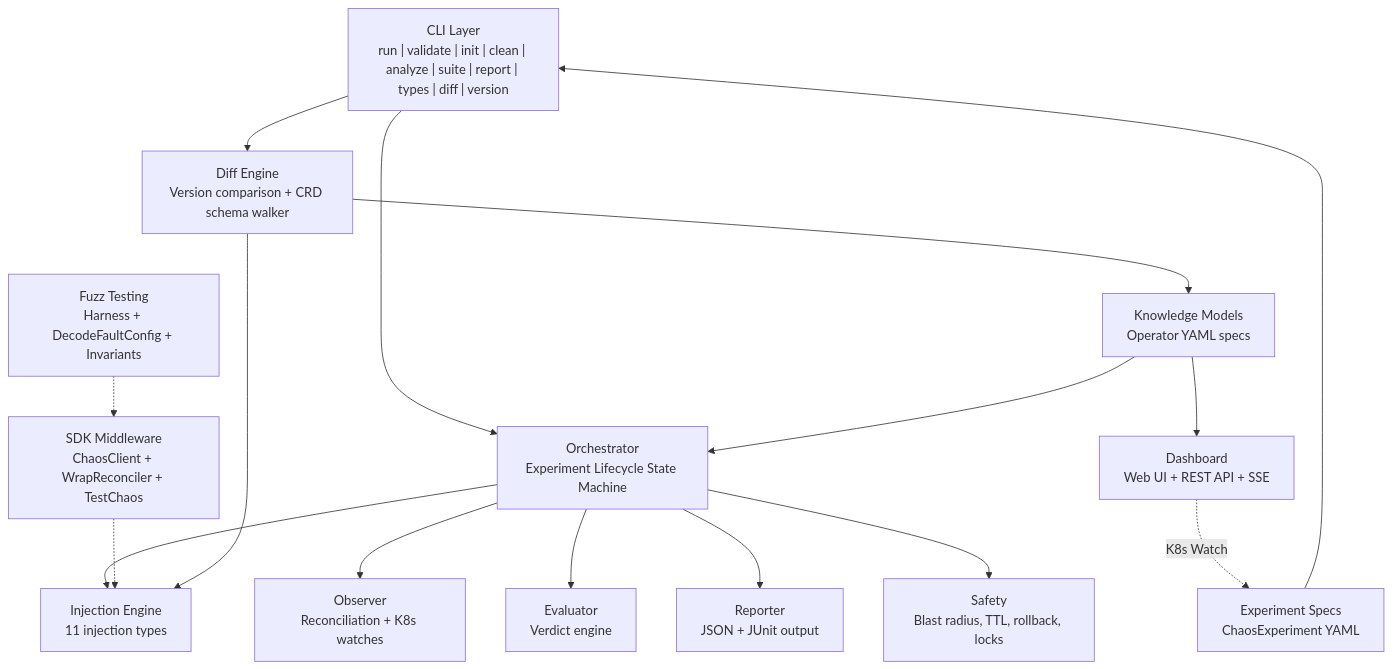
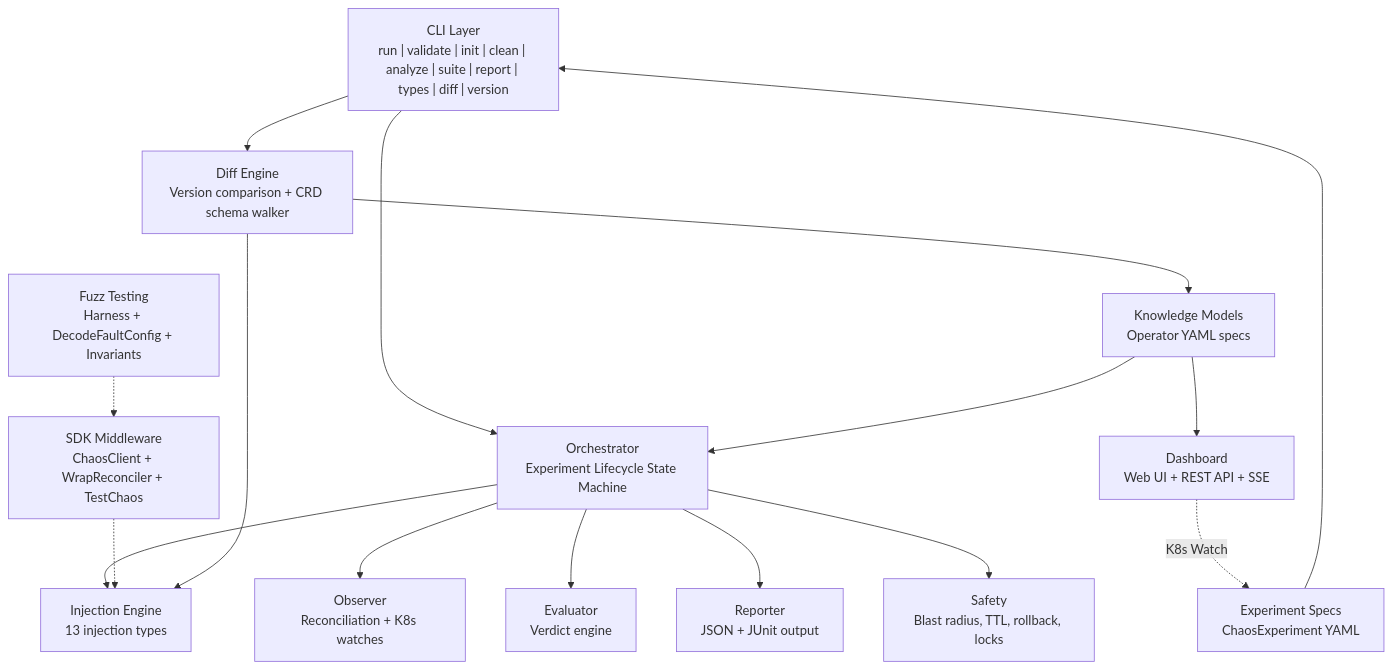
Before and after one commit to ugiordan/odh-platform-chaos: the first of 2 diagrams in README.md, drawn with Mermaid. The commit also changed other lines of this file and 15 other files, not shown here.

First line of the commit message:
feat: add NamespaceDeletion and LabelStomping injection types

````diff
--- a/README.md
+++ b/README.md
@@ -831,32 +877,32 @@
 ```mermaid
 graph TD
     CLI["CLI Layer<br/>run | validate | init | clean | analyze | suite | report | types | diff | version"]
     ORCH["Orchestrator<br/>Experiment Lifecycle State Machine"]
-    INJ["Injection Engine<br/>11 injection types"]
+    INJ["Injection Engine<br/>13 injection types"]
     OBS["Observer<br/>Reconciliation + K8s watches"]
     EVAL["Evaluator<br/>Verdict engine"]
     REP["Reporter<br/>JSON + JUnit output"]
     SAFE["Safety<br/>Blast radius, TTL, rollback, locks"]
     SDK["SDK Middleware<br/>ChaosClient + WrapReconciler + TestChaos"]
     FUZZ["Fuzz Testing<br/>Harness + DecodeFaultConfig + Invariants"]
     DIFF["Diff Engine<br/>Version comparison + CRD schema walker"]
     KNOW["Knowledge Models<br/>Operator YAML specs"]
     EXP["Experiment Specs<br/>ChaosExperiment YAML"]
     DASH["Dashboard<br/>Web UI + REST API + SSE"]
 
     CLI --> ORCH
     CLI --> DIFF
     ORCH --> INJ
     ORCH --> OBS
     ORCH --> EVAL
     ORCH --> REP
     ORCH --> SAFE
     SDK -.-> INJ
     FUZZ -.-> SDK
     DIFF --> KNOW
     DIFF --> INJ
     KNOW --> ORCH
     KNOW --> DASH
     EXP --> CLI
     DASH -.->|"K8s Watch"| EXP
 ```
````
